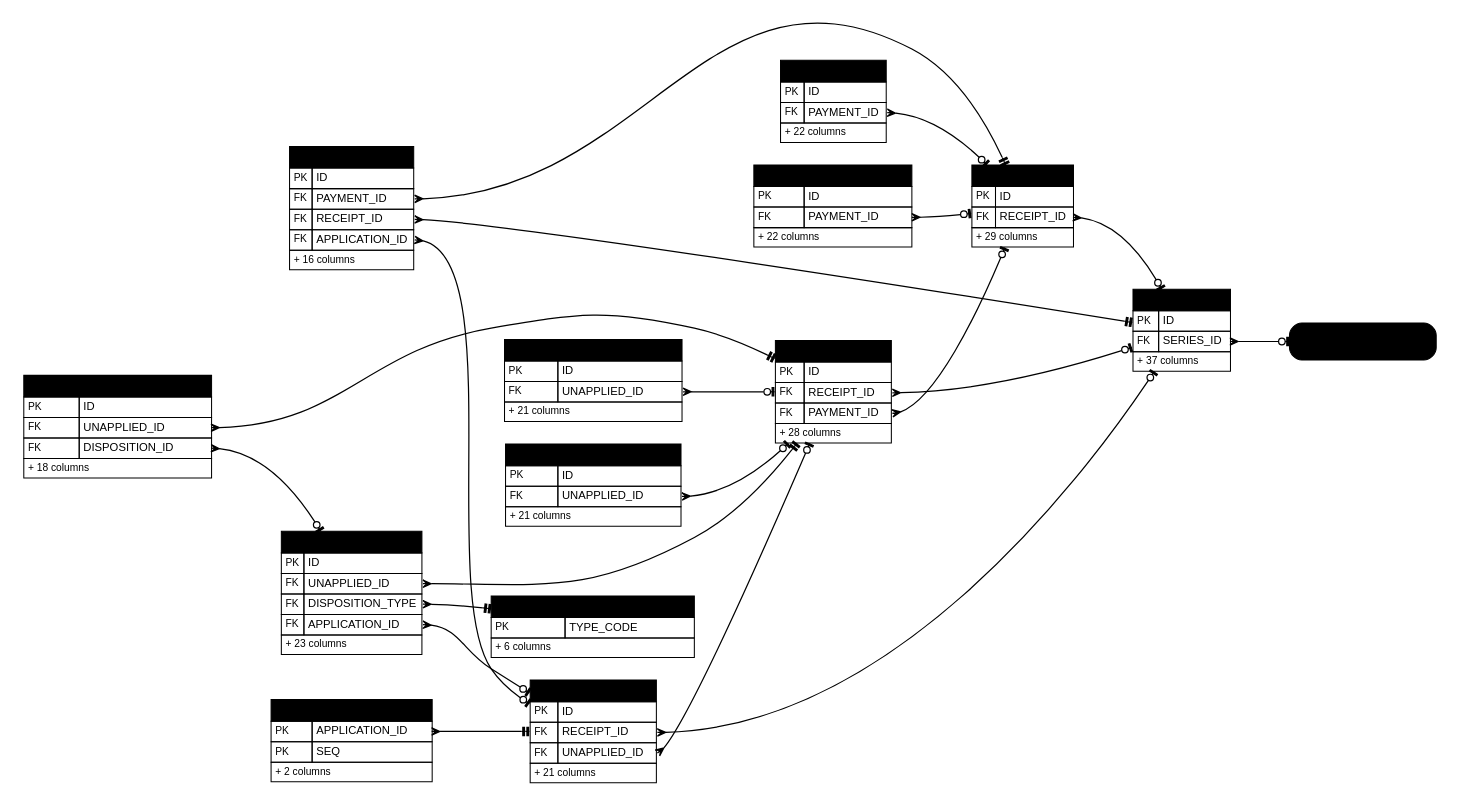
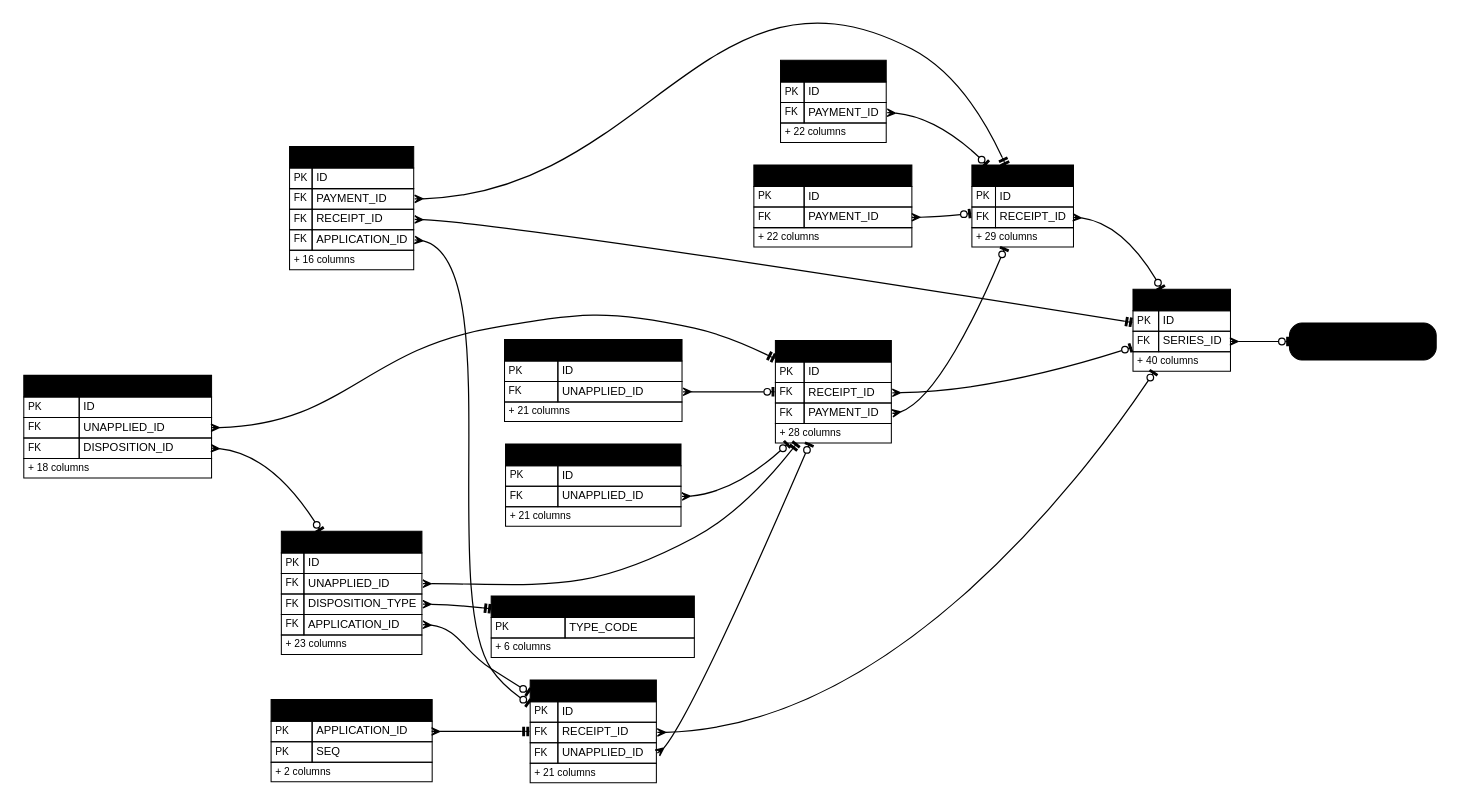
The diagram in docs/deliverables/src/programme/security_data/figures/erd/d07_cashiering_1.dot (IortaTexhNXT-DEV/FinVerse), drawn with Graphviz before and after one commit. The commit also changed 58 other files, not shown here.

```diff
--- a/docs/deliverables/src/programme/security_data/figures/erd/d07_cashiering_1.dot
+++ b/docs/deliverables/src/programme/security_data/figures/erd/d07_cashiering_1.dot
@@ -1,38 +1,38 @@
 digraph erd {
   graph [rankdir=LR, fontname="Arial", nodesep=0.3, ranksep=0.8, pad=0.2, bgcolor="white"];
   node [shape=plain, fontname="Arial"];
   edge [color="@CTA_BLUE", arrowsize=0.8, penwidth=1.2, dir=both];
   "csh_application" [label=<<table border="0" cellborder="1" cellspacing="0" cellpadding="3" color="@BORDER"><tr><td bgcolor="@HEADER_BLUE" align="left" colspan="2"><font color="@WHITE" point-size="12"><b>CSH_APPLICATION</b></font></td></tr><tr><td align="left"><font point-size="10" color="@MUTED">PK</font></td><td align="left" port="id"><font point-size="11">ID</font></td></tr><tr><td align="left"><font point-size="10" color="@MUTED">FK</font></td><td align="left" port="receipt_id"><font point-size="11">RECEIPT_ID</font></td></tr><tr><td align="left"><font point-size="10" color="@MUTED">FK</font></td><td align="left" port="unapplied_id"><font point-size="11">UNAPPLIED_ID</font></td></tr><tr><td colspan="2" align="left"><font point-size="10" color="@MUTED">+ 21 columns</font></td></tr></table>>];
   "csh_application_line" [label=<<table border="0" cellborder="1" cellspacing="0" cellpadding="3" color="@BORDER"><tr><td bgcolor="@HEADER_BLUE" align="left" colspan="2"><font color="@WHITE" point-size="12"><b>CSH_APPLICATION_LINE</b></font></td></tr><tr><td align="left"><font point-size="10" color="@MUTED">PK</font></td><td align="left" port="application_id"><font point-size="11">APPLICATION_ID</font></td></tr><tr><td align="left"><font point-size="10" color="@MUTED">PK</font></td><td align="left" port="seq"><font point-size="11">SEQ</font></td></tr><tr><td colspan="2" align="left"><font point-size="10" color="@MUTED">+ 2 columns</font></td></tr></table>>];
   "csh_collector_request" [label=<<table border="0" cellborder="1" cellspacing="0" cellpadding="3" color="@BORDER"><tr><td bgcolor="@HEADER_BLUE" align="left" colspan="2"><font color="@WHITE" point-size="12"><b>CSH_COLLECTOR_REQUEST</b></font></td></tr><tr><td align="left"><font point-size="10" color="@MUTED">PK</font></td><td align="left" port="id"><font point-size="11">ID</font></td></tr><tr><td align="left"><font point-size="10" color="@MUTED">FK</font></td><td align="left" port="unapplied_id"><font point-size="11">UNAPPLIED_ID</font></td></tr><tr><td align="left"><font point-size="10" color="@MUTED">FK</font></td><td align="left" port="disposition_id"><font point-size="11">DISPOSITION_ID</font></td></tr><tr><td colspan="2" align="left"><font point-size="10" color="@MUTED">+ 18 columns</font></td></tr></table>>];
   "csh_disposition" [label=<<table border="0" cellborder="1" cellspacing="0" cellpadding="3" color="@BORDER"><tr><td bgcolor="@HEADER_BLUE" align="left" colspan="2"><font color="@WHITE" point-size="12"><b>CSH_DISPOSITION</b></font></td></tr><tr><td align="left"><font point-size="10" color="@MUTED">PK</font></td><td align="left" port="id"><font point-size="11">ID</font></td></tr><tr><td align="left"><font point-size="10" color="@MUTED">FK</font></td><td align="left" port="unapplied_id"><font point-size="11">UNAPPLIED_ID</font></td></tr><tr><td align="left"><font point-size="10" color="@MUTED">FK</font></td><td align="left" port="disposition_type"><font point-size="11">DISPOSITION_TYPE</font></td></tr><tr><td align="left"><font point-size="10" color="@MUTED">FK</font></td><td align="left" port="application_id"><font point-size="11">APPLICATION_ID</font></td></tr><tr><td colspan="2" align="left"><font point-size="10" color="@MUTED">+ 23 columns</font></td></tr></table>>];
   "csh_disposition_type_rule" [label=<<table border="0" cellborder="1" cellspacing="0" cellpadding="3" color="@BORDER"><tr><td bgcolor="@HEADER_BLUE" align="left" colspan="2"><font color="@WHITE" point-size="12"><b>CSH_DISPOSITION_TYPE_RULE</b></font></td></tr><tr><td align="left"><font point-size="10" color="@MUTED">PK</font></td><td align="left" port="type_code"><font point-size="11">TYPE_CODE</font></td></tr><tr><td colspan="2" align="left"><font point-size="10" color="@MUTED">+ 6 columns</font></td></tr></table>>];
   "csh_payment" [label=<<table border="0" cellborder="1" cellspacing="0" cellpadding="3" color="@BORDER"><tr><td bgcolor="@HEADER_BLUE" align="left" colspan="2"><font color="@WHITE" point-size="12"><b>CSH_PAYMENT</b></font></td></tr><tr><td align="left"><font point-size="10" color="@MUTED">PK</font></td><td align="left" port="id"><font point-size="11">ID</font></td></tr><tr><td align="left"><font point-size="10" color="@MUTED">FK</font></td><td align="left" port="receipt_id"><font point-size="11">RECEIPT_ID</font></td></tr><tr><td colspan="2" align="left"><font point-size="10" color="@MUTED">+ 29 columns</font></td></tr></table>>];
   "csh_payment_reversal" [label=<<table border="0" cellborder="1" cellspacing="0" cellpadding="3" color="@BORDER"><tr><td bgcolor="@HEADER_BLUE" align="left" colspan="2"><font color="@WHITE" point-size="12"><b>CSH_PAYMENT_REVERSAL</b></font></td></tr><tr><td align="left"><font point-size="10" color="@MUTED">PK</font></td><td align="left" port="id"><font point-size="11">ID</font></td></tr><tr><td align="left"><font point-size="10" color="@MUTED">FK</font></td><td align="left" port="unapplied_id"><font point-size="11">UNAPPLIED_ID</font></td></tr><tr><td colspan="2" align="left"><font point-size="10" color="@MUTED">+ 21 columns</font></td></tr></table>>];
   "csh_pdc_item" [label=<<table border="0" cellborder="1" cellspacing="0" cellpadding="3" color="@BORDER"><tr><td bgcolor="@HEADER_BLUE" align="left" colspan="2"><font color="@WHITE" point-size="12"><b>CSH_PDC_ITEM</b></font></td></tr><tr><td align="left"><font point-size="10" color="@MUTED">PK</font></td><td align="left" port="id"><font point-size="11">ID</font></td></tr><tr><td align="left"><font point-size="10" color="@MUTED">FK</font></td><td align="left" port="payment_id"><font point-size="11">PAYMENT_ID</font></td></tr><tr><td colspan="2" align="left"><font point-size="10" color="@MUTED">+ 22 columns</font></td></tr></table>>];
   "csh_pickup_request" [label=<<table border="0" cellborder="1" cellspacing="0" cellpadding="3" color="@BORDER"><tr><td bgcolor="@HEADER_BLUE" align="left" colspan="2"><font color="@WHITE" point-size="12"><b>CSH_PICKUP_REQUEST</b></font></td></tr><tr><td align="left"><font point-size="10" color="@MUTED">PK</font></td><td align="left" port="id"><font point-size="11">ID</font></td></tr><tr><td align="left"><font point-size="10" color="@MUTED">FK</font></td><td align="left" port="payment_id"><font point-size="11">PAYMENT_ID</font></td></tr><tr><td colspan="2" align="left"><font point-size="10" color="@MUTED">+ 22 columns</font></td></tr></table>>];
   "csh_prebooked" [label=<<table border="0" cellborder="1" cellspacing="0" cellpadding="3" color="@BORDER"><tr><td bgcolor="@HEADER_BLUE" align="left" colspan="2"><font color="@WHITE" point-size="12"><b>CSH_PREBOOKED</b></font></td></tr><tr><td align="left"><font point-size="10" color="@MUTED">PK</font></td><td align="left" port="id"><font point-size="11">ID</font></td></tr><tr><td align="left"><font point-size="10" color="@MUTED">FK</font></td><td align="left" port="payment_id"><font point-size="11">PAYMENT_ID</font></td></tr><tr><td align="left"><font point-size="10" color="@MUTED">FK</font></td><td align="left" port="receipt_id"><font point-size="11">RECEIPT_ID</font></td></tr><tr><td align="left"><font point-size="10" color="@MUTED">FK</font></td><td align="left" port="application_id"><font point-size="11">APPLICATION_ID</font></td></tr><tr><td colspan="2" align="left"><font point-size="10" color="@MUTED">+ 16 columns</font></td></tr></table>>];
-  "csh_receipt" [label=<<table border="0" cellborder="1" cellspacing="0" cellpadding="3" color="@BORDER"><tr><td bgcolor="@HEADER_BLUE" align="left" colspan="2"><font color="@WHITE" point-size="12"><b>CSH_RECEIPT</b></font></td></tr><tr><td align="left"><font point-size="10" color="@MUTED">PK</font></td><td align="left" port="id"><font point-size="11">ID</font></td></tr><tr><td align="left"><font point-size="10" color="@MUTED">FK</font></td><td align="left" port="series_id"><font point-size="11">SERIES_ID</font></td></tr><tr><td colspan="2" align="left"><font point-size="10" color="@MUTED">+ 37 columns</font></td></tr></table>>];
+  "csh_receipt" [label=<<table border="0" cellborder="1" cellspacing="0" cellpadding="3" color="@BORDER"><tr><td bgcolor="@HEADER_BLUE" align="left" colspan="2"><font color="@WHITE" point-size="12"><b>CSH_RECEIPT</b></font></td></tr><tr><td align="left"><font point-size="10" color="@MUTED">PK</font></td><td align="left" port="id"><font point-size="11">ID</font></td></tr><tr><td align="left"><font point-size="10" color="@MUTED">FK</font></td><td align="left" port="series_id"><font point-size="11">SERIES_ID</font></td></tr><tr><td colspan="2" align="left"><font point-size="10" color="@MUTED">+ 40 columns</font></td></tr></table>>];
   "csh_refund_validation" [label=<<table border="0" cellborder="1" cellspacing="0" cellpadding="3" color="@BORDER"><tr><td bgcolor="@HEADER_BLUE" align="left" colspan="2"><font color="@WHITE" point-size="12"><b>CSH_REFUND_VALIDATION</b></font></td></tr><tr><td align="left"><font point-size="10" color="@MUTED">PK</font></td><td align="left" port="id"><font point-size="11">ID</font></td></tr><tr><td align="left"><font point-size="10" color="@MUTED">FK</font></td><td align="left" port="unapplied_id"><font point-size="11">UNAPPLIED_ID</font></td></tr><tr><td colspan="2" align="left"><font point-size="10" color="@MUTED">+ 21 columns</font></td></tr></table>>];
   "csh_unapplied" [label=<<table border="0" cellborder="1" cellspacing="0" cellpadding="3" color="@BORDER"><tr><td bgcolor="@HEADER_BLUE" align="left" colspan="2"><font color="@WHITE" point-size="12"><b>CSH_UNAPPLIED</b></font></td></tr><tr><td align="left"><font point-size="10" color="@MUTED">PK</font></td><td align="left" port="id"><font point-size="11">ID</font></td></tr><tr><td align="left"><font point-size="10" color="@MUTED">FK</font></td><td align="left" port="receipt_id"><font point-size="11">RECEIPT_ID</font></td></tr><tr><td align="left"><font point-size="10" color="@MUTED">FK</font></td><td align="left" port="payment_id"><font point-size="11">PAYMENT_ID</font></td></tr><tr><td colspan="2" align="left"><font point-size="10" color="@MUTED">+ 28 columns</font></td></tr></table>>];
   "csh_receipt_series" [shape=box, style="rounded,filled", fillcolor="@DIRTY_WHITE", color="@MUTED", fontsize=11, label=<<font color="@MUTED">CSH_RECEIPT_SERIES<br/><font point-size="9">CASHIERING</font></font>>];
   "csh_application":"receipt_id" -> "csh_receipt" [arrowtail=crow, arrowhead=teeodot];
   "csh_application":"unapplied_id" -> "csh_unapplied" [arrowtail=crow, arrowhead=teeodot];
   "csh_application_line":"application_id" -> "csh_application" [arrowtail=crow, arrowhead=teetee];
   "csh_collector_request":"disposition_id" -> "csh_disposition" [arrowtail=crow, arrowhead=teeodot];
   "csh_collector_request":"unapplied_id" -> "csh_unapplied" [arrowtail=crow, arrowhead=teetee];
   "csh_disposition":"disposition_type" -> "csh_disposition_type_rule" [arrowtail=crow, arrowhead=teetee];
   "csh_disposition":"unapplied_id" -> "csh_unapplied" [arrowtail=crow, arrowhead=teetee];
   "csh_disposition":"application_id" -> "csh_application" [arrowtail=crow, arrowhead=teeodot];
   "csh_payment":"receipt_id" -> "csh_receipt" [arrowtail=crow, arrowhead=teeodot];
   "csh_payment_reversal":"unapplied_id" -> "csh_unapplied" [arrowtail=crow, arrowhead=teeodot];
   "csh_pdc_item":"payment_id" -> "csh_payment" [arrowtail=crow, arrowhead=teeodot];
   "csh_pickup_request":"payment_id" -> "csh_payment" [arrowtail=crow, arrowhead=teeodot];
   "csh_prebooked":"application_id" -> "csh_application" [arrowtail=crow, arrowhead=teeodot];
   "csh_prebooked":"payment_id" -> "csh_payment" [arrowtail=crow, arrowhead=teetee];
   "csh_prebooked":"receipt_id" -> "csh_receipt" [arrowtail=crow, arrowhead=teetee];
   "csh_receipt":"series_id" -> "csh_receipt_series" [arrowtail=crow, arrowhead=teeodot];
   "csh_refund_validation":"unapplied_id" -> "csh_unapplied" [arrowtail=crow, arrowhead=teeodot];
   "csh_unapplied":"payment_id" -> "csh_payment" [arrowtail=crow, arrowhead=teeodot];
   "csh_unapplied":"receipt_id" -> "csh_receipt" [arrowtail=crow, arrowhead=teeodot];
 }
```
